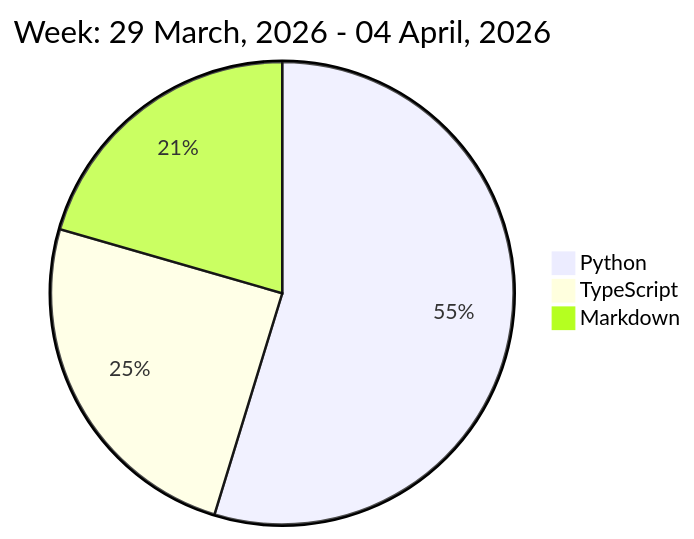
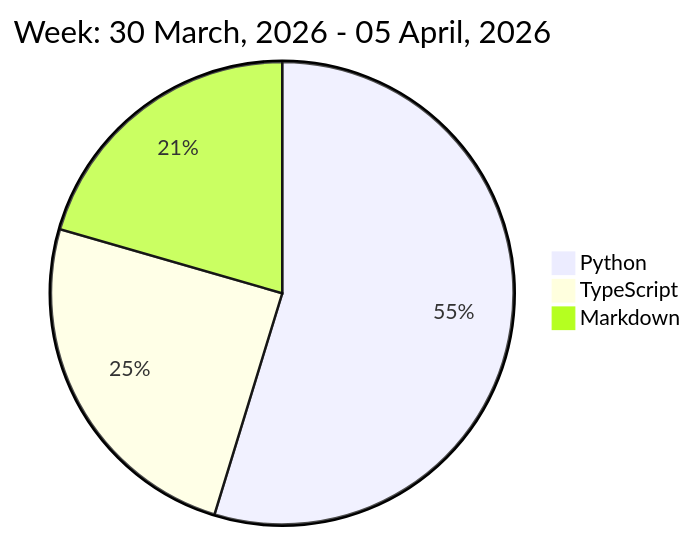
Before and after one commit to liubin95/liubin95: the diagram in README.md, drawn with Mermaid.

Commit message:
Updated the Graph with new Metrics

````diff
--- a/README.md
+++ b/README.md
@@ -32,7 +32,7 @@
 ```mermaid
  pie
-title Week: 29 March, 2026 - 04 April, 2026
+title Week: 30 March, 2026 - 05 April, 2026
  "Python" : 8.85
  "TypeScript" : 4.0
  "Markdown" : 3.32
 ```
````
